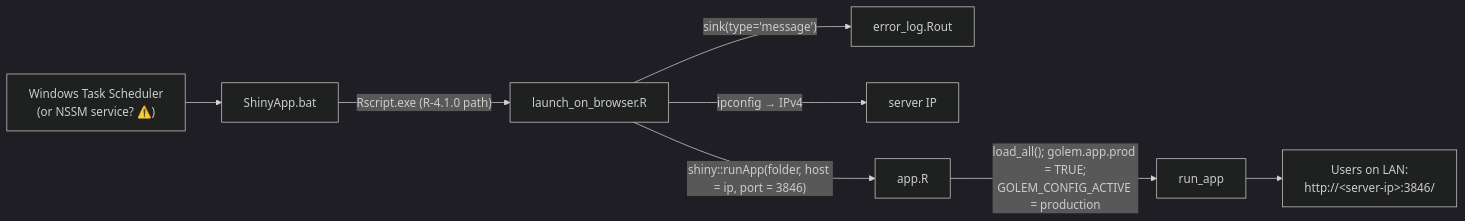
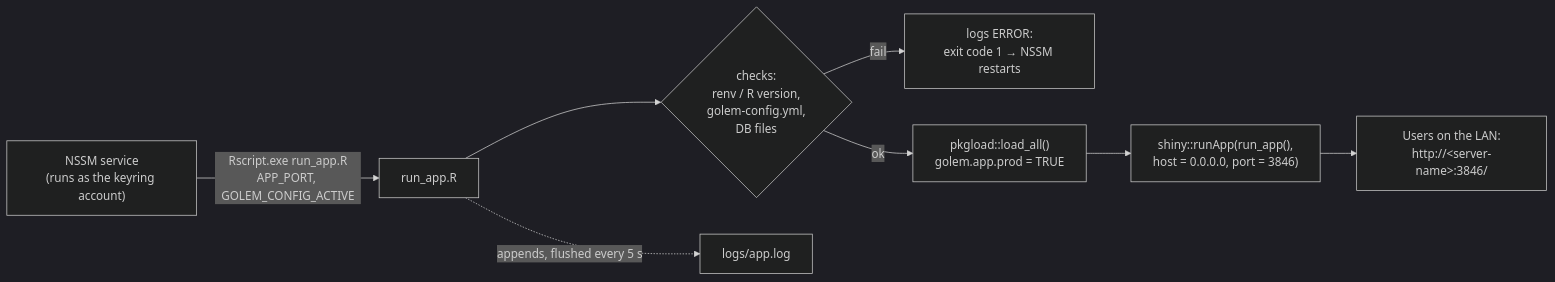
One commit to lefkiospaikousis/CSIemail changed the diagram in docs/handover/06-deployment.md. Above: the diagram before and after it, drawn with Mermaid (dark theme). The commit also changed other lines of this file and 13 other files, not shown here.

First line of the commit message:
Launch the app via NSSM + run_app.R, without a .bat file

````diff
--- a/docs/handover/06-deployment.md
+++ b/docs/handover/06-deployment.md
@@ -19,10 +30,10 @@
 ```mermaid
 flowchart LR
-  TS["Windows Task Scheduler<br/>(or NSSM service? ⚠️)"] --> BAT[ShinyApp.bat]
-  BAT -->|"Rscript.exe (R-4.1.0 path)"| L[launch_on_browser.R]
-  L -->|"sink(type='message')"| LOG[error_log.Rout]
-  L -->|"ipconfig → IPv4"| IP[server IP]
-  L -->|"shiny::runApp(folder, host = ip, port = 3846)"| APP[app.R]
-  APP -->|"load_all(); golem.app.prod = TRUE;<br/>GOLEM_CONFIG_ACTIVE = production"| RUN[run_app]
-  RUN --> USERS["Users on LAN:<br/>http://&lt;server-ip&gt;:3846/"]
+  NSSM["NSSM service<br/>(runs as the keyring account)"] -->|"Rscript.exe run_app.R<br/>APP_PORT, GOLEM_CONFIG_ACTIVE"| L[run_app.R]
+  L --> C{"checks:<br/>renv / R version,<br/>golem-config.yml,<br/>DB files"}
+  C -- fail --> E["logs ERROR:<br/>exit code 1 → NSSM restarts"]
+  C -- ok --> P["pkgload::load_all()<br/>golem.app.prod = TRUE"]
+  P --> R["shiny::runApp(run_app(),<br/>host = 0.0.0.0, port = 3846)"]
+  R --> U["Users on the LAN:<br/>http://&lt;server-name&gt;:3846/"]
+  L -.->|"appends, flushed every 5 s"| LOG[logs/app.log]
 ```
````
